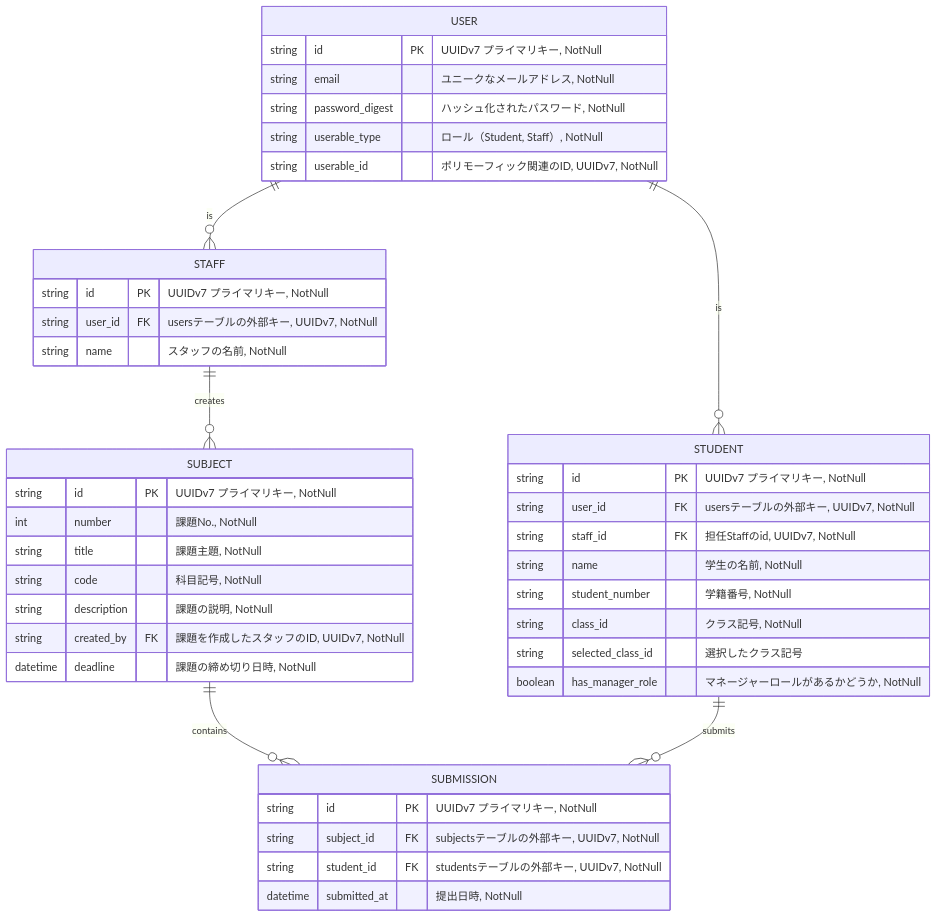
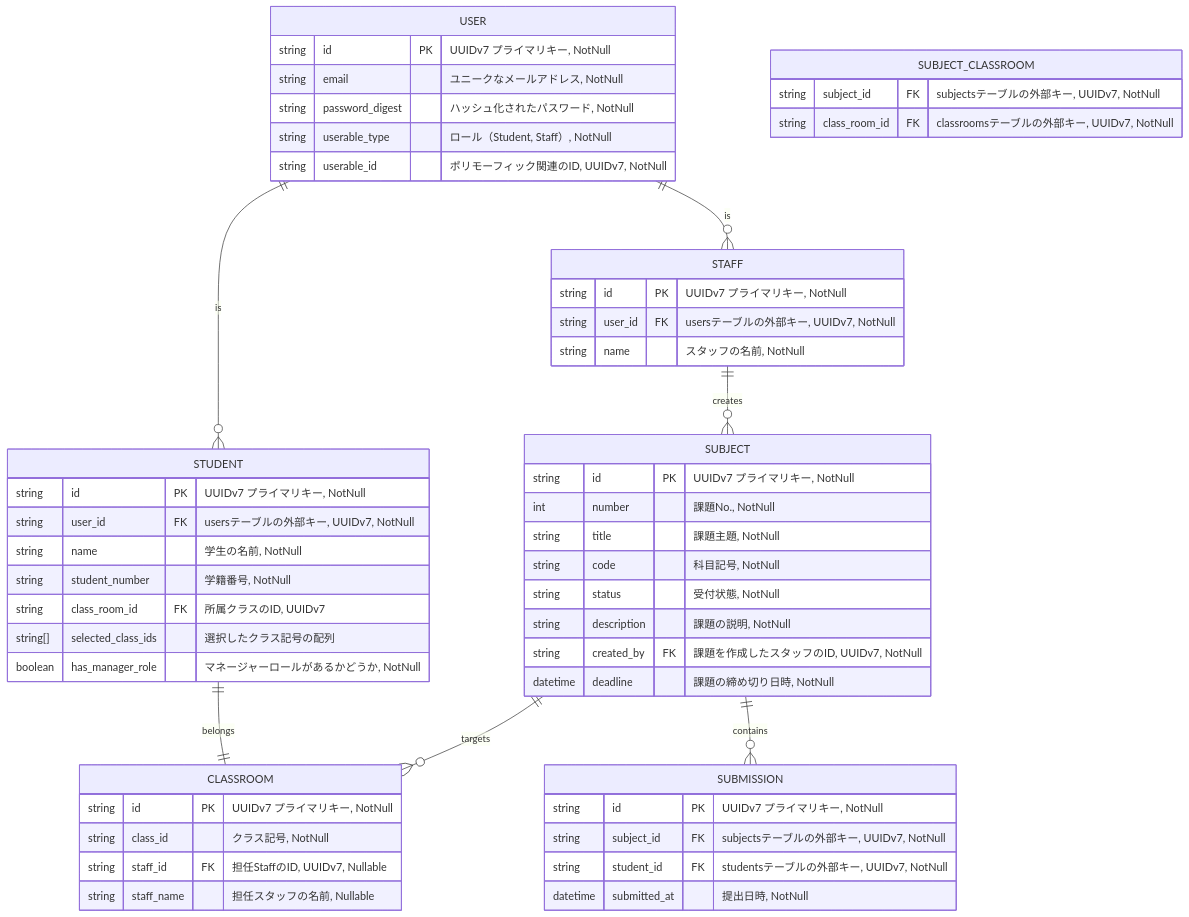
One commit to na2na-p/-AssignmentManagement changed the diagram in docs/db.md. Above: the diagram before and after it, drawn with Mermaid.

Commit message:
DB更新(依存PRマージ済み前提)

````diff
--- a/docs/db.md
+++ b/docs/db.md
@@ -1,46 +1,58 @@
 ```mermaid
 erDiagram
-    USER ||--o{ STUDENT : "is"
-    USER ||--o{ STAFF : "is"
-    USER {
-        string id PK "UUIDv7 プライマリキー, NotNull"
-        string email "ユニークなメールアドレス, NotNull"
-        string password_digest "ハッシュ化されたパスワード, NotNull"
-        string userable_type "ロール（Student, Staff）, NotNull"
-        string userable_id "ポリモーフィック関連のID, UUIDv7, NotNull"
-    }
-    STUDENT {
-        string id PK "UUIDv7 プライマリキー, NotNull"
-        string user_id FK "usersテーブルの外部キー, UUIDv7, NotNull"
-        string staff_id FK "担任Staffのid, UUIDv7, NotNull"
-        string name "学生の名前, NotNull"
-        string student_number "学籍番号, NotNull"
-        string class_id "クラス記号, NotNull"
-        string selected_class_id "選択したクラス記号"
-        boolean has_manager_role "マネージャーロールがあるかどうか, NotNull"
-    }
-    STAFF {
-        string id PK "UUIDv7 プライマリキー, NotNull"
-        string user_id FK "usersテーブルの外部キー, UUIDv7, NotNull"
-        string name "スタッフの名前, NotNull"
-    }
-    SUBJECT ||--o{ SUBMISSION : contains
-    STAFF ||--o{ SUBJECT : creates
-    STUDENT ||--o{ SUBMISSION : submits
-    SUBJECT {
-        string id PK "UUIDv7 プライマリキー, NotNull"
-        int number "課題No., NotNull"
-        string title "課題主題, NotNull"
-        string code "科目記号, NotNull"
-        string description "課題の説明, NotNull"
-        string created_by FK "課題を作成したスタッフのID, UUIDv7, NotNull"
-        datetime deadline "課題の締め切り日時, NotNull"
-    }
-    SUBMISSION {
-        string id PK "UUIDv7 プライマリキー, NotNull"
-        string subject_id FK "subjectsテーブルの外部キー, UUIDv7, NotNull"
-        string student_id FK "studentsテーブルの外部キー, UUIDv7, NotNull"
-        datetime submitted_at "提出日時, NotNull"
-    }
+	USER ||--o{ STUDENT : "is"
+	USER ||--o{ STAFF : "is"
+	USER {
+		string id PK "UUIDv7 プライマリキー, NotNull"
+		string email "ユニークなメールアドレス, NotNull"
+		string password_digest "ハッシュ化されたパスワード, NotNull"
+		string userable_type "ロール（Student, Staff）, NotNull"
+		string userable_id "ポリモーフィック関連のID, UUIDv7, NotNull"
+	}
+	STUDENT {
+		string id PK "UUIDv7 プライマリキー, NotNull"
+		string user_id FK "usersテーブルの外部キー, UUIDv7, NotNull"
+		string name "学生の名前, NotNull"
+		string student_number "学籍番号, NotNull"
+		string class_room_id FK "所属クラスのID, UUIDv7"
+		string[] selected_class_ids "選択したクラス記号の配列"
+		boolean has_manager_role "マネージャーロールがあるかどうか, NotNull"
+	}
+	CLASSROOM {
+		string id PK "UUIDv7 プライマリキー, NotNull"
+		string class_id "クラス記号, NotNull"
+		string staff_id FK "担任StaffのID, UUIDv7, Nullable"
+		string staff_name "担任スタッフの名前, Nullable"
+	}
+	STUDENT ||--|| CLASSROOM : "belongs"
+	STAFF {
+		string id PK "UUIDv7 プライマリキー, NotNull"
+		string user_id FK "usersテーブルの外部キー, UUIDv7, NotNull"
+		string name "スタッフの名前, NotNull"
+	}
+	SUBJECT ||--o{ SUBMISSION : contains
+	STAFF ||--o{ SUBJECT : creates
+	SUBJECT ||--o{ CLASSROOM : "targets"
+	SUBJECT {
+		string id PK "UUIDv7 プライマリキー, NotNull"
+		int number "課題No., NotNull"
+		string title "課題主題, NotNull"
+		string code "科目記号, NotNull"
+		string status "受付状態, NotNull"
+		string description "課題の説明, NotNull"
+		string created_by FK "課題を作成したスタッフのID, UUIDv7, NotNull"
+		datetime deadline "課題の締め切り日時, NotNull"
+	}
+	SUBMISSION {
+		string id PK "UUIDv7 プライマリキー, NotNull"
+		string subject_id FK "subjectsテーブルの外部キー, UUIDv7, NotNull"
+		string student_id FK "studentsテーブルの外部キー, UUIDv7, NotNull"
+		datetime submitted_at "提出日時, NotNull"
+	}
+	SUBJECT_CLASSROOM {
+		string subject_id FK "subjectsテーブルの外部キー, UUIDv7, NotNull"
+		string class_room_id FK "classroomsテーブルの外部キー, UUIDv7, NotNull"
+	}
+
 
 ```
````
